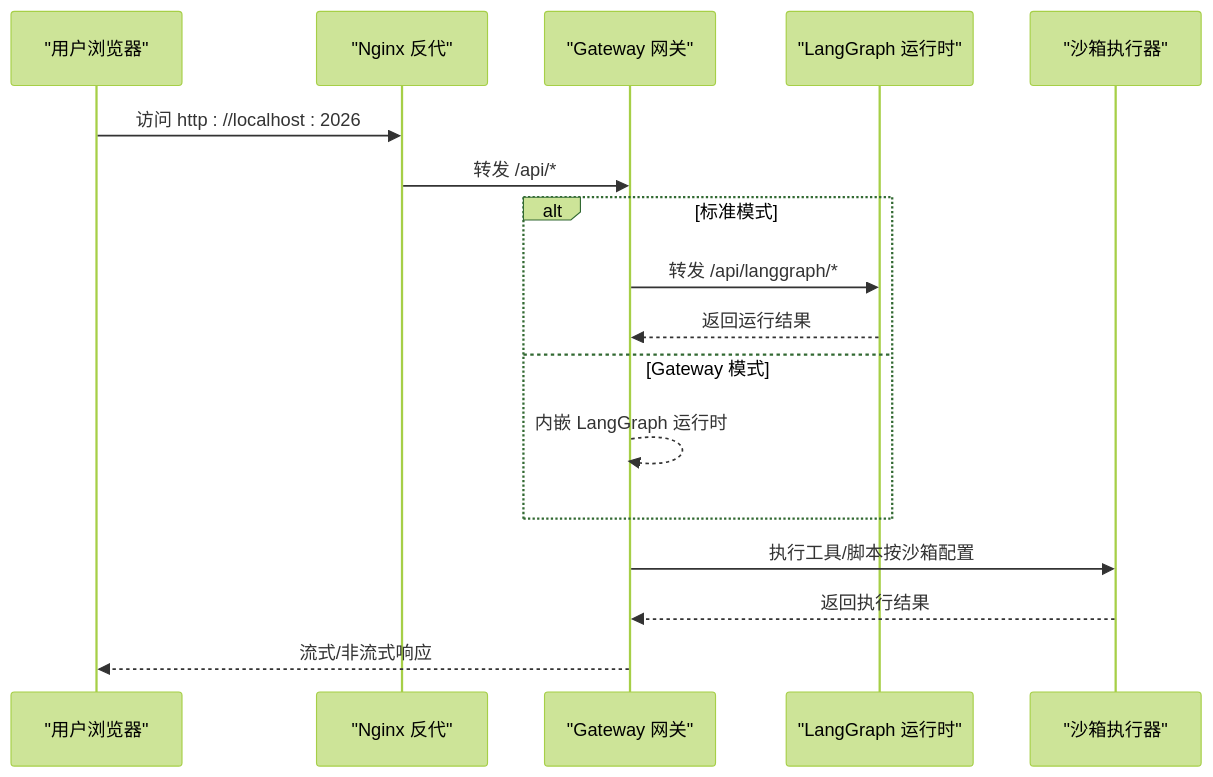
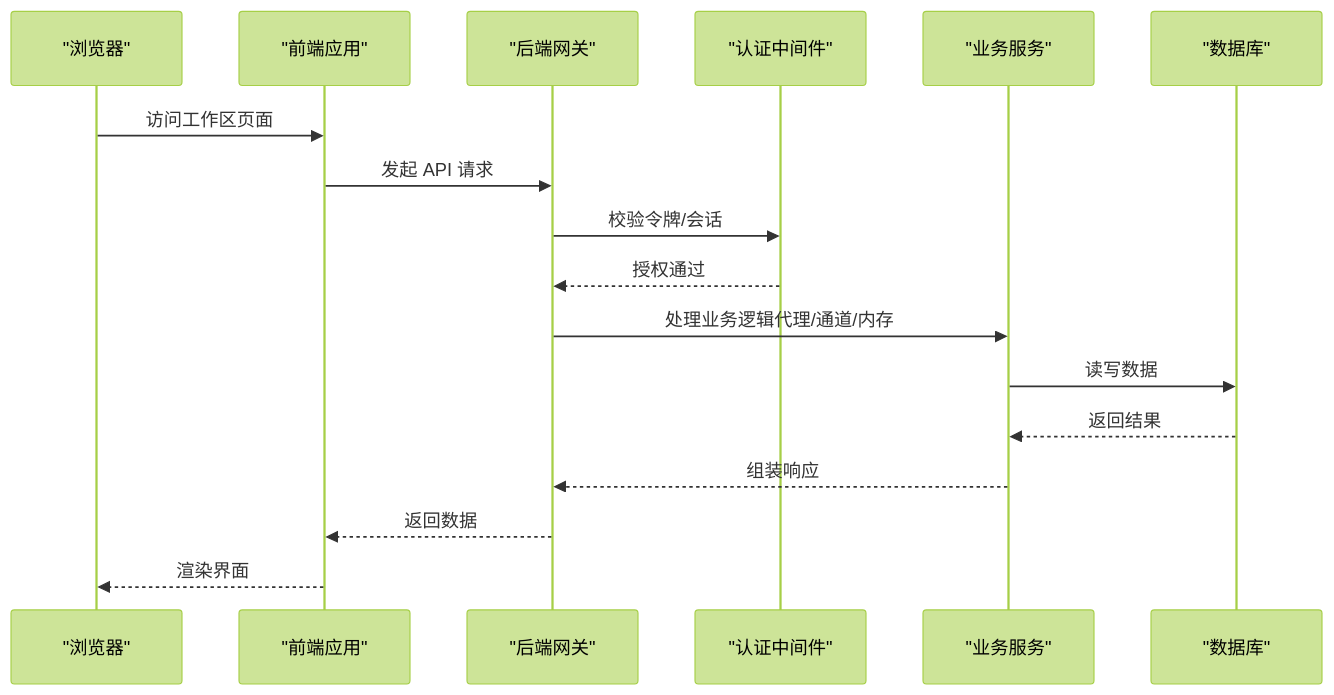
Before and after one commit to OldBoy405/deerflow-custom: the second of 6 diagrams in .qoder/repowiki/zh/content/快速开始.md, drawn with Mermaid (forest theme). The commit also changed other lines of this file and 786 other files, not shown here.

````diff
--- a/.qoder/repowiki/zh/content/快速开始.md
+++ b/.qoder/repowiki/zh/content/快速开始.md
@@ -95,19 +114,19 @@
 ```mermaid
 sequenceDiagram
-participant U as "用户浏览器"
-participant N as "Nginx 反代"
-participant G as "Gateway 网关"
-participant L as "LangGraph 运行时"
-participant S as "沙箱执行器"
-U->>N : 访问 http : //localhost : 2026
-N->>G : 转发 /api/*
-alt 标准模式
-G->>L : 转发 /api/langgraph/*
-L-->>G : 返回运行结果
-else Gateway 模式
-G-->>G : 内嵌 LangGraph 运行时
-end
-G->>S : 执行工具/脚本按沙箱配置
-S-->>G : 返回执行结果
-G-->>U : 流式/非流式响应
+participant Browser as "浏览器"
+participant Frontend as "前端应用"
+participant Gateway as "后端网关"
+participant Auth as "认证中间件"
+participant Services as "业务服务"
+participant DB as "数据库"
+Browser->>Frontend : 访问工作区页面
+Frontend->>Gateway : 发起 API 请求
+Gateway->>Auth : 校验令牌/会话
+Auth-->>Gateway : 授权通过
+Gateway->>Services : 处理业务逻辑代理/通道/内存
+Services->>DB : 读写数据
+DB-->>Services : 返回结果
+Services-->>Gateway : 组装响应
+Gateway-->>Frontend : 返回数据
+Frontend-->>Browser : 渲染界面
 ```
````
